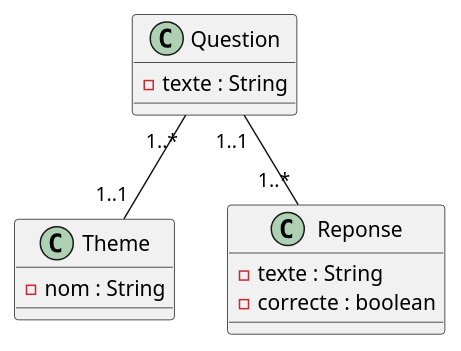
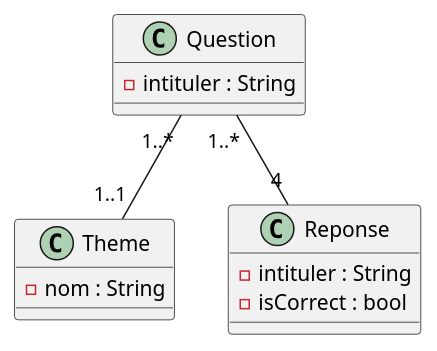
One commit to Zaldaf/Quizz changed the diagram in documentation/Quizz.puml. Above: the diagram before and after it, drawn with PlantUML. The commit also changed 16 other files, not shown here.

```diff
--- a/documentation/Quizz.puml
+++ b/documentation/Quizz.puml
@@ -1,16 +1,16 @@
 @startuml
 
 class Theme {
 
   - nom : String
 }
 class Question {
-  - texte : String
+  - intituler : String
 }
 class Reponse {
-  - texte : String
-  - correcte : boolean
+  - intituler : String
+  - isCorrect : bool
 }
 Question  "1..*" -- "1..1" Theme
-Question "1..1" -- "1..*" Reponse
+Question "1..*" -- "4" Reponse
 @enduml
```
